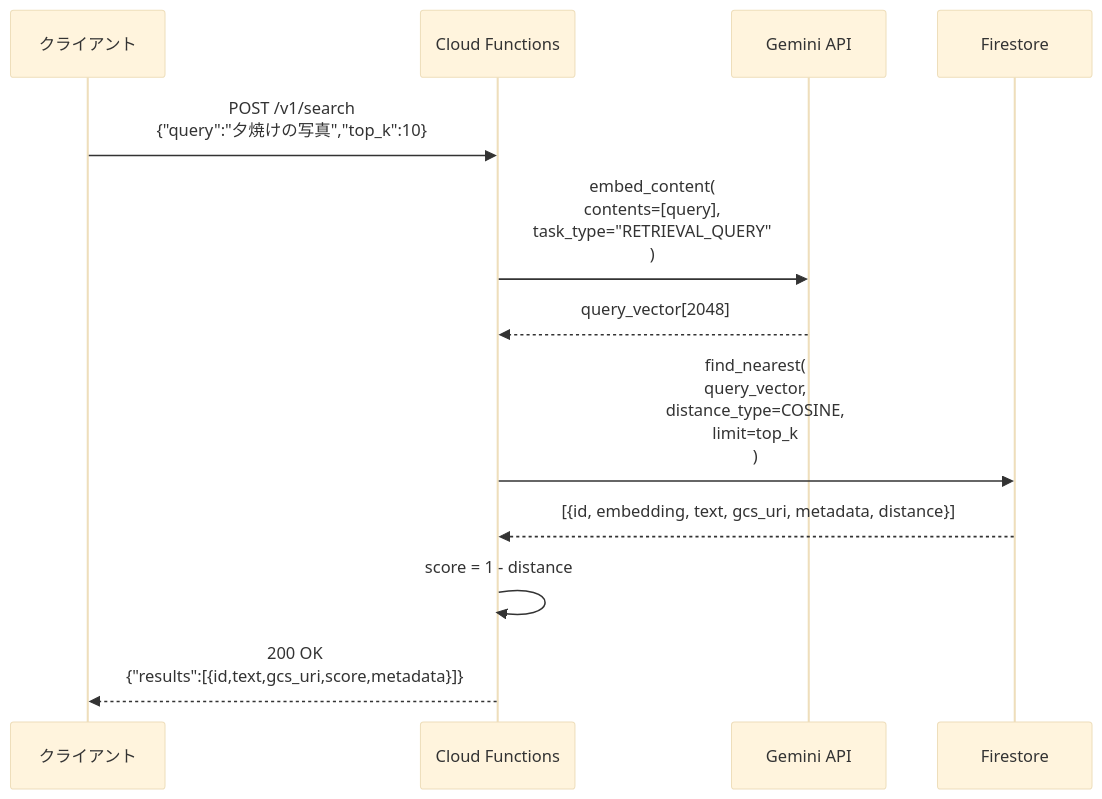
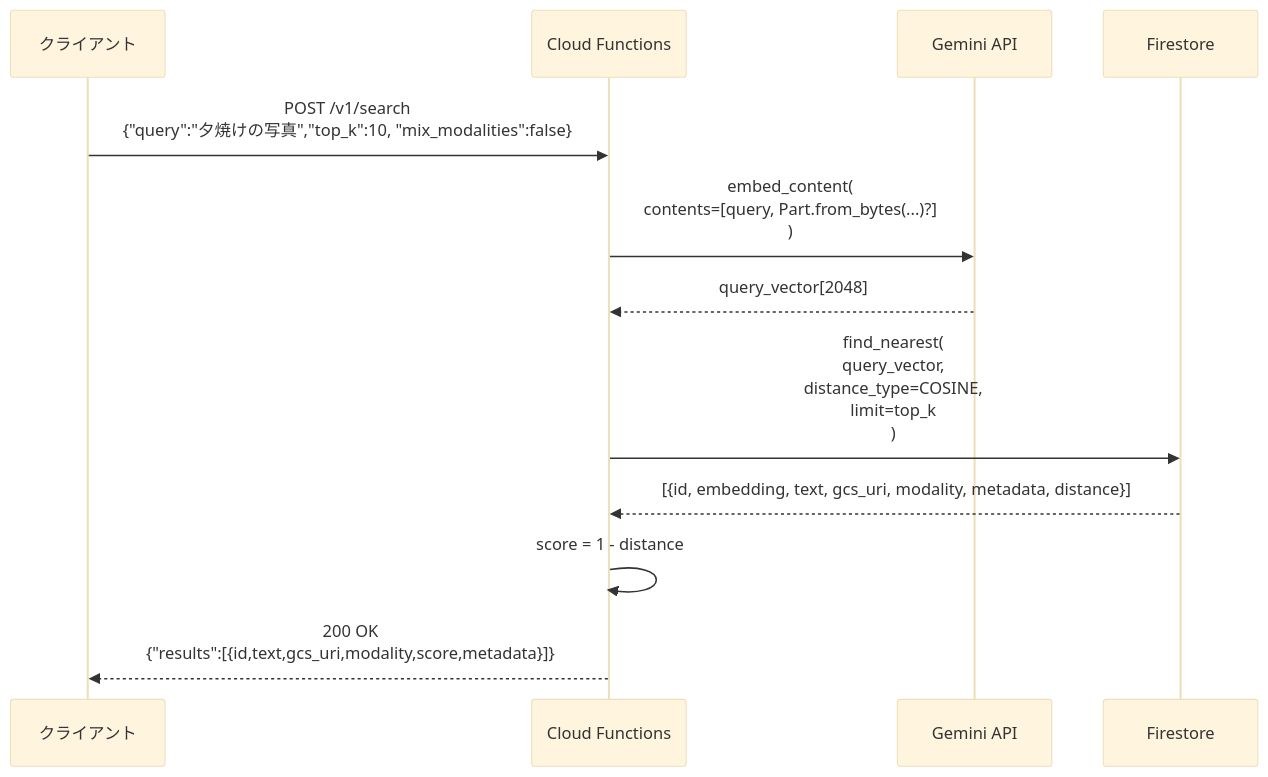
Before and after one commit to Riri-Inferno/gcp-serverless-vector-search: the fourth of 6 diagrams in docs/multimodal-design.md, drawn with Mermaid (base theme). The commit also changed other lines of this file and 10 other files, not shown here.

````diff
--- a/docs/multimodal-design.md
+++ b/docs/multimodal-design.md
@@ -113,15 +113,15 @@
 ```mermaid
 sequenceDiagram
     participant C as クライアント
     participant Fn as Cloud Functions
     participant Gemini as Gemini API
     participant FS as Firestore
 
-    C->>Fn: POST /v1/search<br/>{"query":"夕焼けの写真","top_k":10}
-    Fn->>Gemini: embed_content(<br/>  contents=[query],<br/>  task_type="RETRIEVAL_QUERY"<br/>)
+    C->>Fn: POST /v1/search<br/>{"query":"夕焼けの写真","top_k":10, "mix_modalities":false}
+    Fn->>Gemini: embed_content(<br/>  contents=[query, Part.from_bytes(...)?]<br/>)
     Gemini-->>Fn: query_vector[2048]
     Fn->>FS: find_nearest(<br/>  query_vector,<br/>  distance_type=COSINE,<br/>  limit=top_k<br/>)
-    FS-->>Fn: [{id, embedding, text, gcs_uri, metadata, distance}]
+    FS-->>Fn: [{id, embedding, text, gcs_uri, modality, metadata, distance}]
     Fn->>Fn: score = 1 - distance
-    Fn-->>C: 200 OK<br/>{"results":[{id,text,gcs_uri,score,metadata}]}
+    Fn-->>C: 200 OK<br/>{"results":[{id,text,gcs_uri,modality,score,metadata}]}
 ```
````
